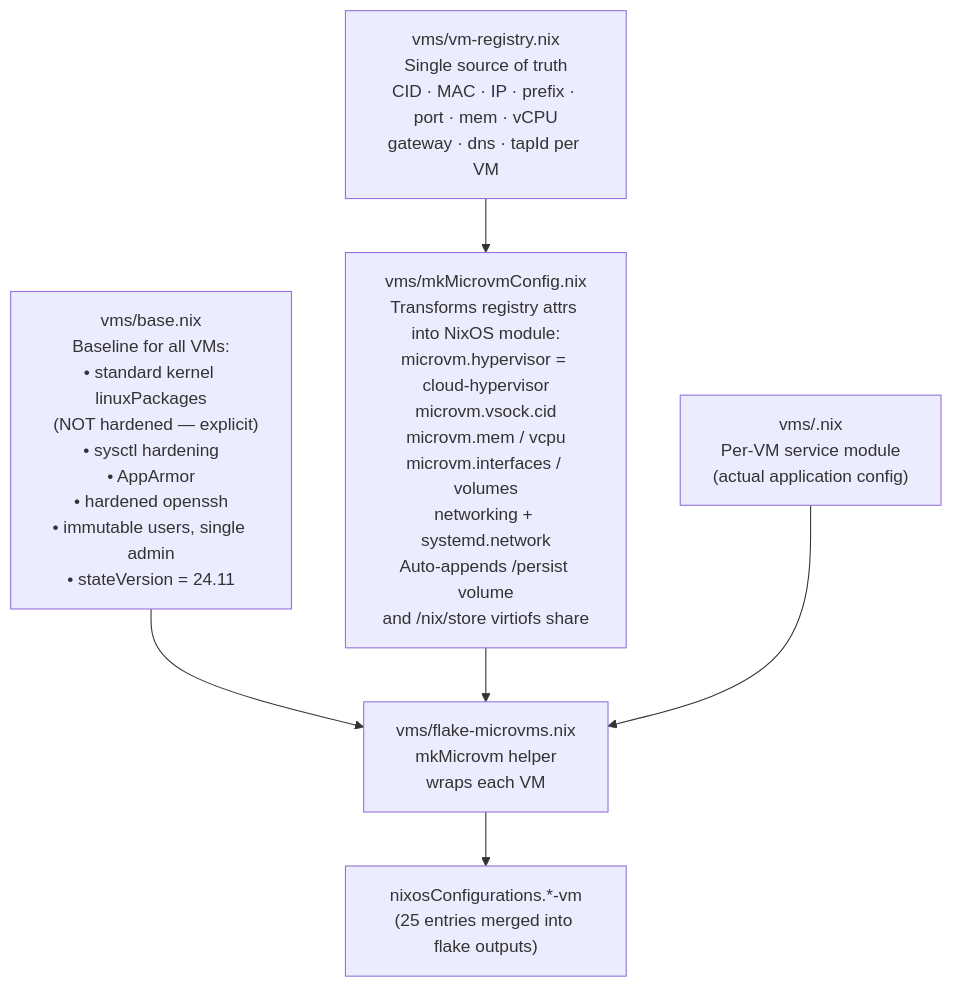
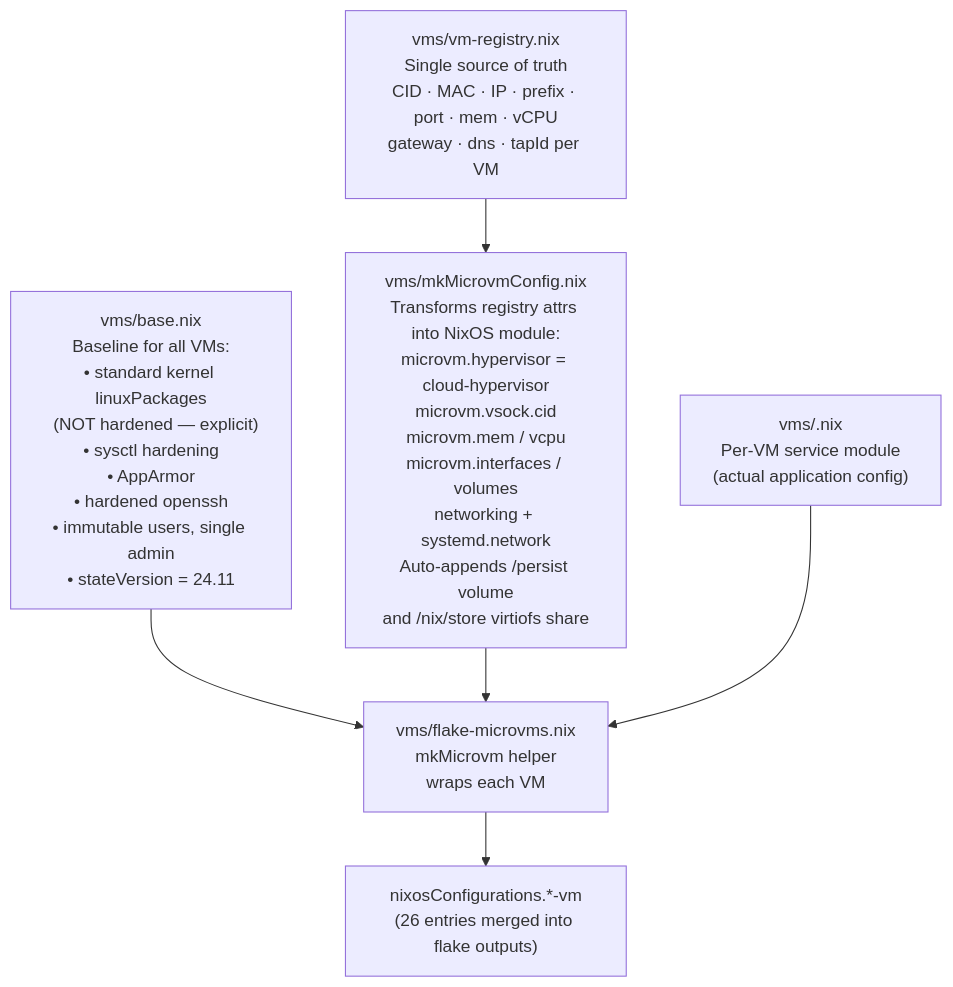
One commit to telometto/nix-config changed the ninth of 10 diagrams in docs/Project_Architecture_Blueprint.md. Above: the diagram before and after it, drawn with Mermaid. The commit also changed other lines of this file and 4 other files, not shown here.

````diff
--- a/docs/Project_Architecture_Blueprint.md
+++ b/docs/Project_Architecture_Blueprint.md
@@ -360,15 +360,15 @@
 ```mermaid
 flowchart TD
     REG["vms/vm-registry.nix\nSingle source of truth\nCID · MAC · IP · prefix · port · mem · vCPU\ngateway · dns · tapId per VM"]
     BASE["vms/base.nix\nBaseline for all VMs:\n• standard kernel linuxPackages\n  (NOT hardened — explicit)\n• sysctl hardening\n• AppArmor\n• hardened openssh\n• immutable users, single admin\n• stateVersion = 24.11"]
     MK["vms/mkMicrovmConfig.nix\nTransforms registry attrs into NixOS module:\nmicrovm.hypervisor = cloud-hypervisor\nmicrovm.vsock.cid\nmicrovm.mem / vcpu\nmicrovm.interfaces / volumes\nnetworking + systemd.network\nAuto-appends /persist volume\nand /nix/store virtiofs share"]
     SVC["vms/<name>.nix\nPer-VM service module\n(actual application config)"]
     FM["vms/flake-microvms.nix\nmkMicrovm helper\nwraps each VM"]
-    OUT["nixosConfigurations.*-vm\n(25 entries merged into flake outputs)"]
+    OUT["nixosConfigurations.*-vm\n(26 entries merged into flake outputs)"]
 
     REG --> MK
     BASE --> FM
     MK --> FM
     SVC --> FM
     FM --> OUT
 ```
````
